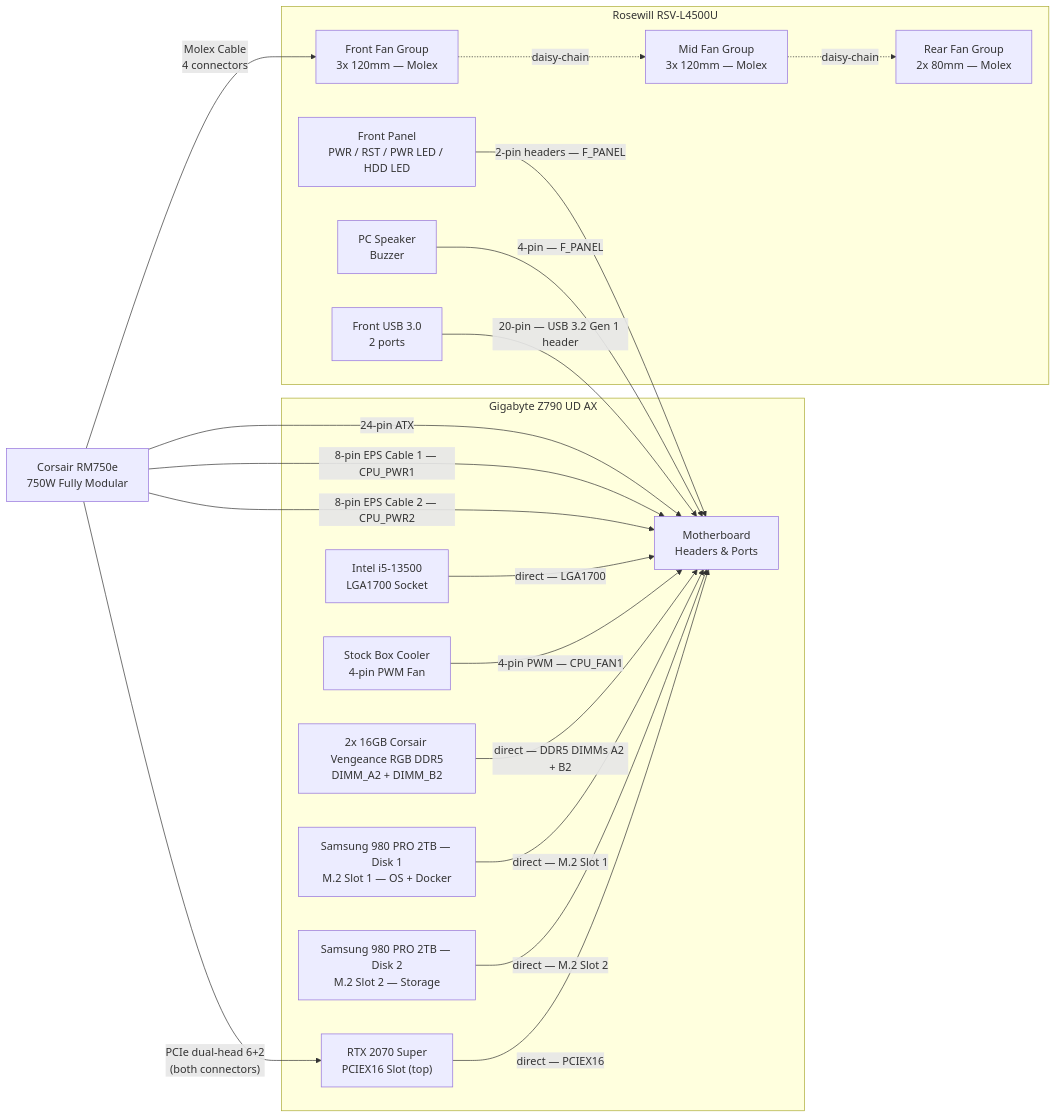
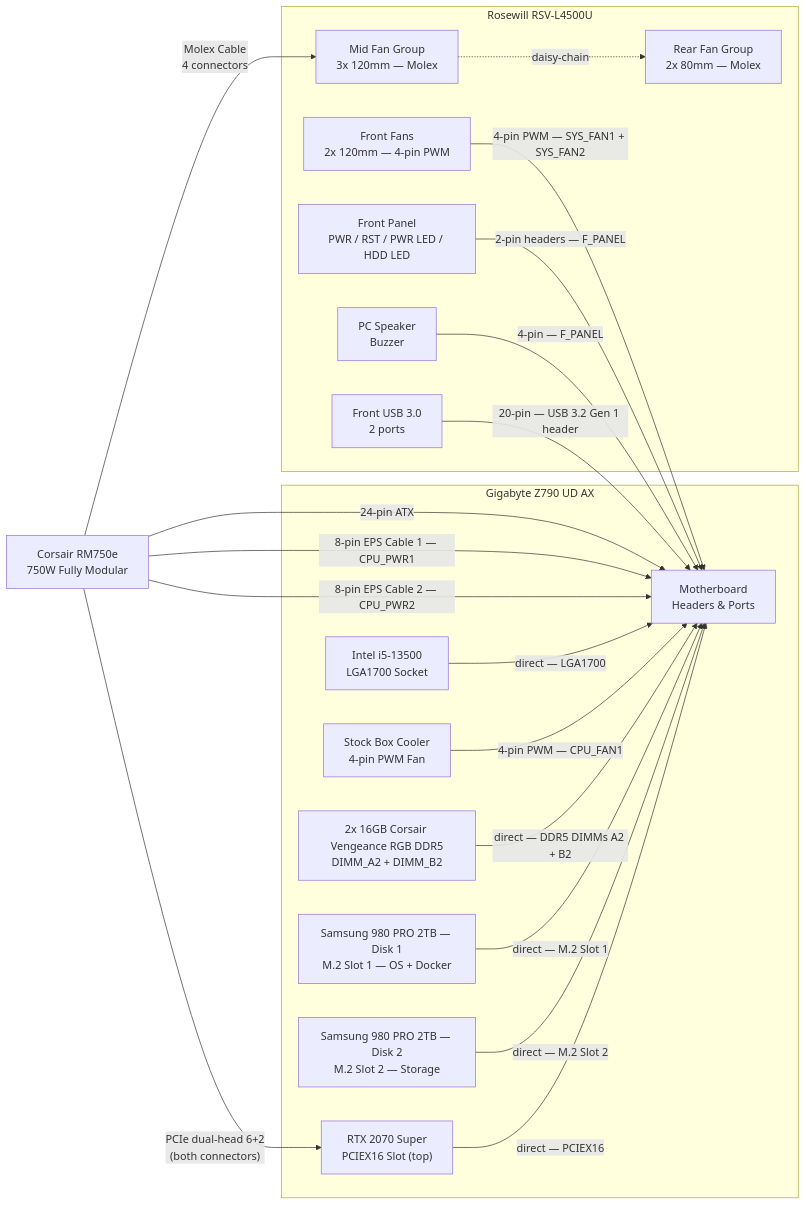
Before and after one commit to CHammerData/Home_Lab_Setup: the second of 5 diagrams in WIRING.md, drawn with Mermaid. The commit also changed other lines of this file, not shown here.

First line of the commit message:
Update fan wiring — front fans are 4-pin PWM, not Molex

````diff
--- a/WIRING.md
+++ b/WIRING.md
@@ -139,45 +142,45 @@
 ```mermaid
 graph LR
     PSU["Corsair RM750e\n750W Fully Modular"]
 
     subgraph MB_SG["Gigabyte Z790 UD AX"]
         MB["Motherboard\nHeaders & Ports"]
         CPU["Intel i5-13500\nLGA1700 Socket"]
         COOLER["Stock Box Cooler\n4-pin PWM Fan"]
         RAM["2x 16GB Corsair Vengeance RGB DDR5\nDIMM_A2 + DIMM_B2"]
         SSD1["Samsung 980 PRO 2TB — Disk 1\nM.2 Slot 1 — OS + Docker"]
         SSD2["Samsung 980 PRO 2TB — Disk 2\nM.2 Slot 2 — Storage"]
         GPU["RTX 2070 Super\nPCIEX16 Slot (top)"]
     end
 
     subgraph CASE["Rosewill RSV-L4500U"]
-        FG_F["Front Fan Group\n3x 120mm — Molex"]
+        FG_F["Front Fans\n2x 120mm — 4-pin PWM"]
         FG_M["Mid Fan Group\n3x 120mm — Molex"]
         FG_R["Rear Fan Group\n2x 80mm — Molex"]
         FP["Front Panel\nPWR / RST / PWR LED / HDD LED"]
         SPK["PC Speaker\nBuzzer"]
         USB_FP["Front USB 3.0\n2 ports"]
     end
 
     %% ── POWER ───────────────────────────────────────────────────
     PSU -->|"24-pin ATX"| MB
     PSU -->|"8-pin EPS Cable 1 — CPU_PWR1"| MB
     PSU -->|"8-pin EPS Cable 2 — CPU_PWR2"| MB
     PSU -->|"PCIe dual-head 6+2\n(both connectors)"| GPU
-    PSU -->|"Molex Cable\n4 connectors"| FG_F
-    FG_F -.->|"daisy-chain"| FG_M
+    PSU -->|"Molex Cable\n4 connectors"| FG_M
     FG_M -.->|"daisy-chain"| FG_R
 
     %% ── CPU / COOLER / RAM / SSDs / GPU ─────────────────────────
     CPU -->|"direct — LGA1700"| MB
     COOLER -->|"4-pin PWM — CPU_FAN1"| MB
+    FG_F -->|"4-pin PWM — SYS_FAN1 + SYS_FAN2"| MB
     RAM -->|"direct — DDR5 DIMMs A2 + B2"| MB
     SSD1 -->|"direct — M.2 Slot 1"| MB
     SSD2 -->|"direct — M.2 Slot 2"| MB
     GPU -->|"direct — PCIEX16"| MB
 
     %% ── FRONT PANEL ──────────────────────────────────────────────
     FP -->|"2-pin headers — F_PANEL"| MB
     SPK -->|"4-pin — F_PANEL"| MB
     USB_FP -->|"20-pin — USB 3.2 Gen 1 header"| MB
 ```
````
